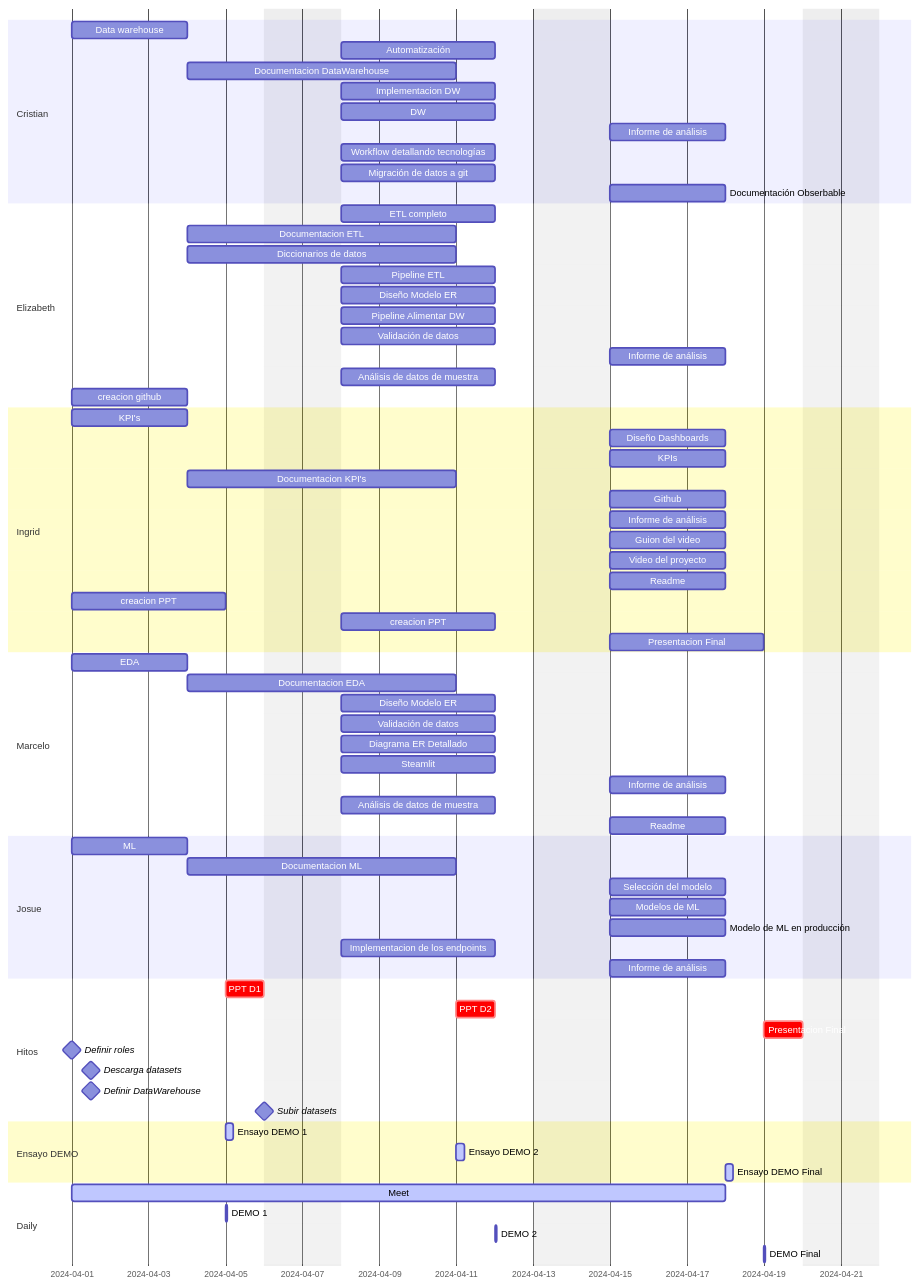
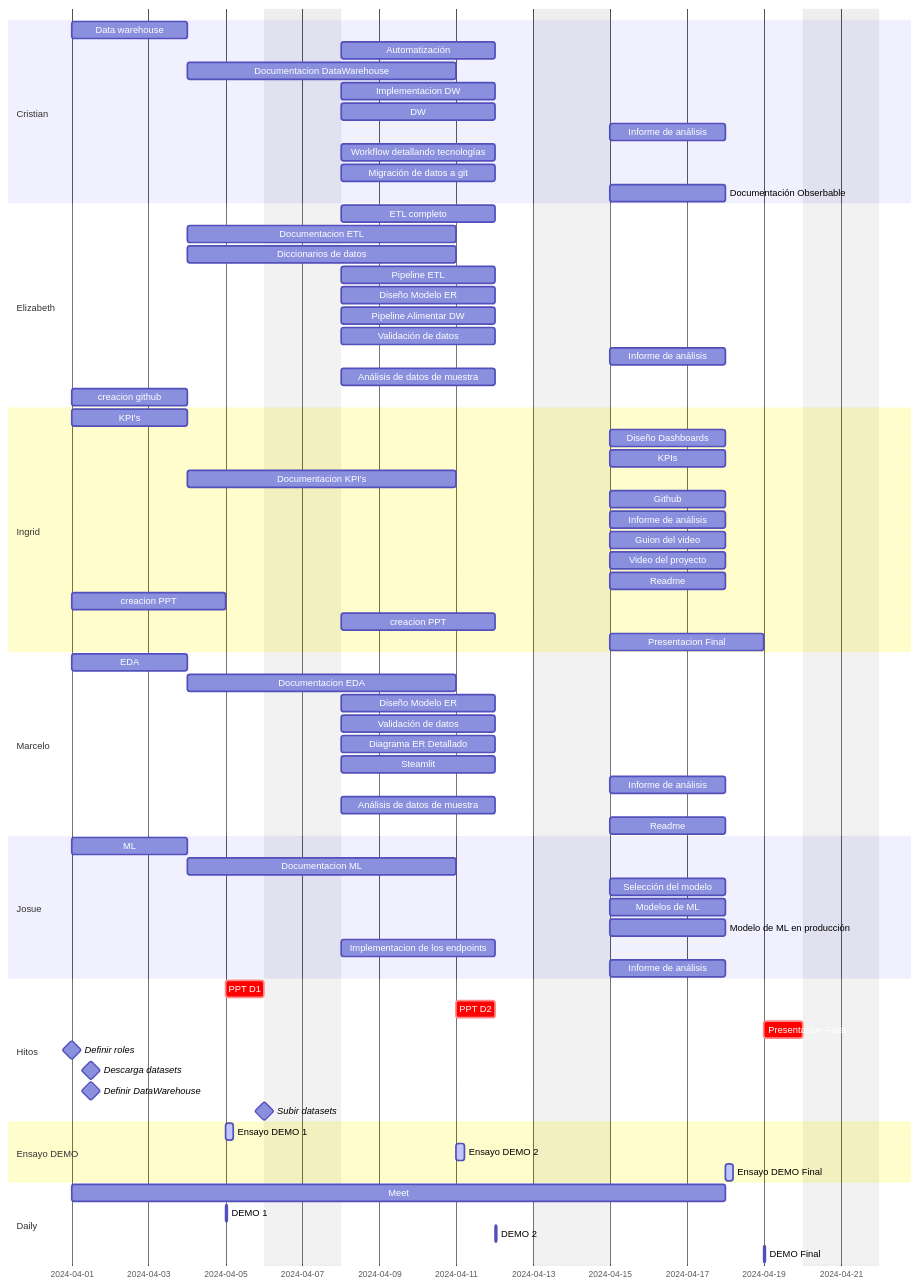
One commit to marceloyuba/SDT changed the diagram in Documentacion/Gantt.md. Above: the diagram before and after it, drawn with Mermaid.

````diff
--- a/Documentacion/Gantt.md
+++ b/Documentacion/Gantt.md
@@ -82,9 +82,9 @@
     Ensayo DEMO Final                  :active, 2024-04-18, 5h
 
     section Daily
-    Meet                               :active,a2, 2024-04-01, 2024-04-18
-    DEMO 1                             :active, 2024-04-05, 1h
-    DEMO 2                             :active, 2024-04-12, 1h
+    Meet                               :a2, 2024-04-01, 2024-04-18
+    DEMO 1                             : 2024-04-05, 1h
+    DEMO 2                             : 2024-04-12, 1h
     DEMO Final                             :active, 2024-04-19, 1h
    
 ```
````
